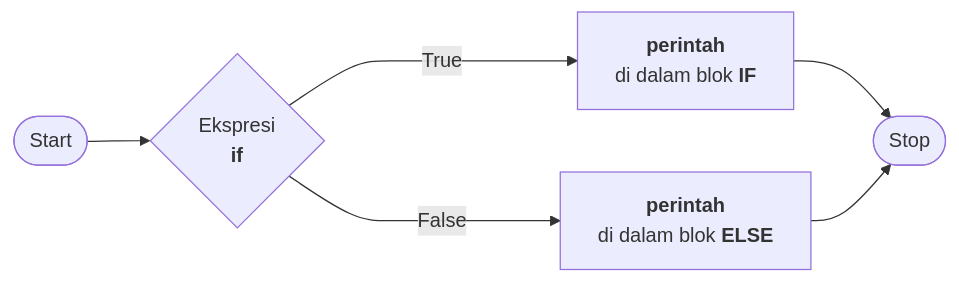
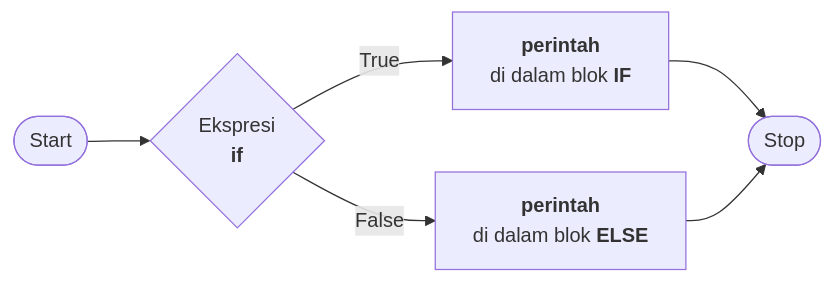
Before and after one commit to SisfoK/pp-python: the second of 4 diagrams in Bab-2.md, drawn with Mermaid. The commit also changed other lines of this file, not shown here.

````diff
--- a/Bab-2.md
+++ b/Bab-2.md
@@ -106,8 +106,8 @@
    ```mermaid
     flowchart LR
     A([Start]) --> B{Ekspresi <br> <strong>if</strong>}
     B -->|True| C[<strong>perintah</strong> <br> di dalam blok <strong>IF</strong>]
     C --> E([Stop])
     D --> E([Stop])
-    B ---->|False| D[<strong>perintah</strong> <br> di dalam blok <strong>ELSE</strong>]
+    B -->|False| D[<strong>perintah</strong> <br> di dalam blok <strong>ELSE</strong>]
    ```
````
